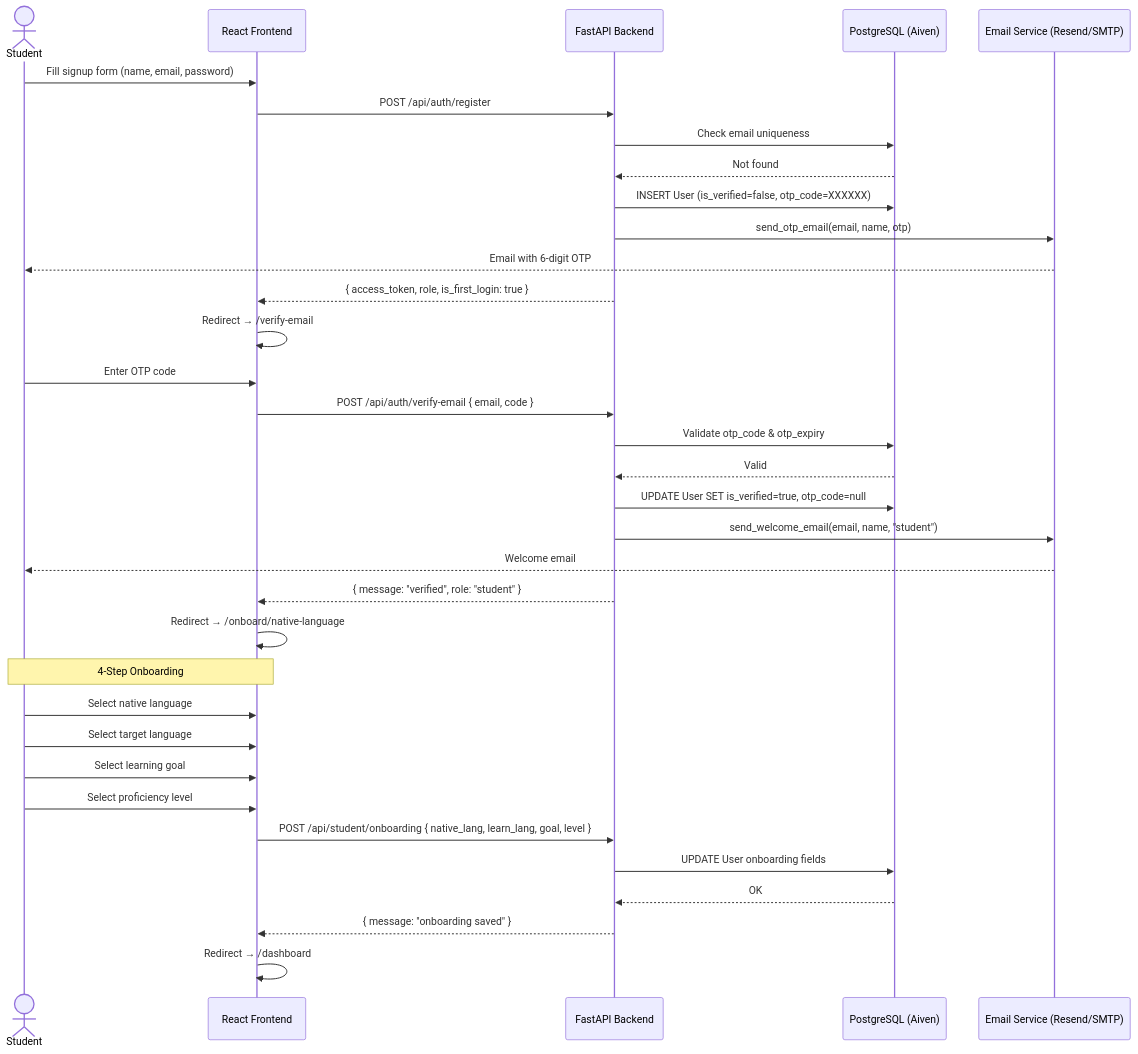
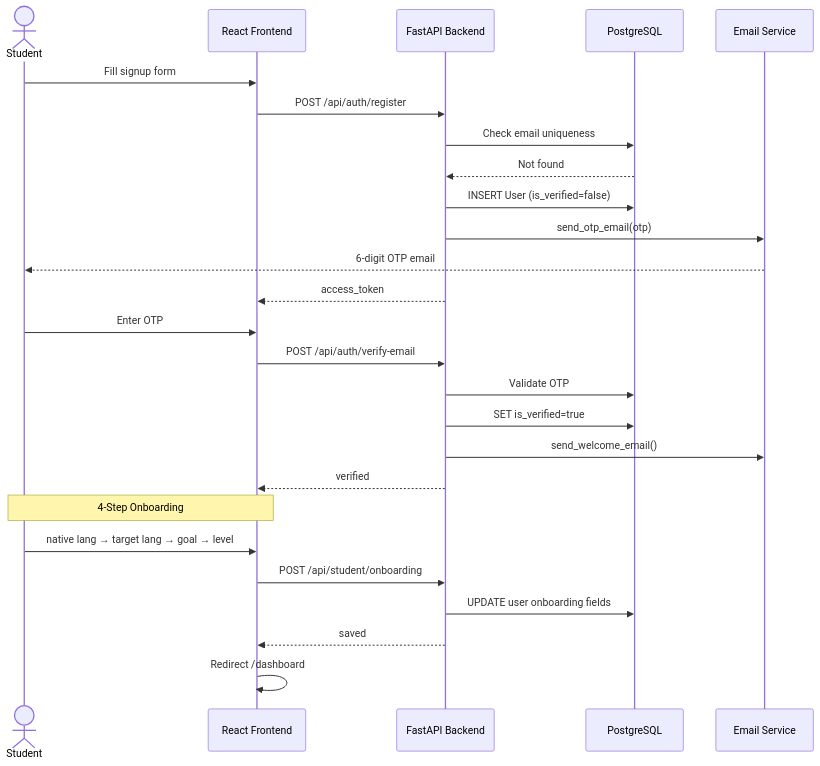
Before and after one commit to ngabo-dev/fluentfusion.v1: the fourth of 11 diagrams in DIAGRAMS.md, drawn with Mermaid. The commit also changed other lines of this file, not shown here.

Commit message:
docs: update all diagrams — new tables, Live Translation, split large diagrams for page fit

````diff
--- a/DIAGRAMS.md
+++ b/DIAGRAMS.md
@@ -161,39 +158,31 @@
 ```mermaid
 sequenceDiagram
     actor U as Student
     participant FE as React Frontend
     participant API as FastAPI Backend
-    participant DB as PostgreSQL (Aiven)
-    participant EM as Email Service (Resend/SMTP)
+    participant DB as PostgreSQL
+    participant EM as Email Service
 
-    U->>FE: Fill signup form (name, email, password)
+    U->>FE: Fill signup form
     FE->>API: POST /api/auth/register
     API->>DB: Check email uniqueness
     DB-->>API: Not found
-    API->>DB: INSERT User (is_verified=false, otp_code=XXXXXX)
-    API->>EM: send_otp_email(email, name, otp)
-    EM-->>U: Email with 6-digit OTP
-    API-->>FE: { access_token, role, is_first_login: true }
-    FE->>FE: Redirect → /verify-email
+    API->>DB: INSERT User (is_verified=false)
+    API->>EM: send_otp_email(otp)
+    EM-->>U: 6-digit OTP email
+    API-->>FE: access_token
 
-    U->>FE: Enter OTP code
-    FE->>API: POST /api/auth/verify-email { email, code }
-    API->>DB: Validate otp_code & otp_expiry
-    DB-->>API: Valid
-    API->>DB: UPDATE User SET is_verified=true, otp_code=null
-    API->>EM: send_welcome_email(email, name, "student")
-    EM-->>U: Welcome email
-    API-->>FE: { message: "verified", role: "student" }
-    FE->>FE: Redirect → /onboard/native-language
+    U->>FE: Enter OTP
+    FE->>API: POST /api/auth/verify-email
+    API->>DB: Validate OTP
+    API->>DB: SET is_verified=true
+    API->>EM: send_welcome_email()
+    API-->>FE: verified
 
     Note over U,FE: 4-Step Onboarding
-    U->>FE: Select native language
-    U->>FE: Select target language
-    U->>FE: Select learning goal
-    U->>FE: Select proficiency level
-    FE->>API: POST /api/student/onboarding { native_lang, learn_lang, goal, level }
-    API->>DB: UPDATE User onboarding fields
-    DB-->>API: OK
-    API-->>FE: { message: "onboarding saved" }
-    FE->>FE: Redirect → /dashboard
+    U->>FE: native lang → target lang → goal → level
+    FE->>API: POST /api/student/onboarding
+    API->>DB: UPDATE user onboarding fields
+    API-->>FE: saved
+    FE->>FE: Redirect /dashboard
 ```
````
